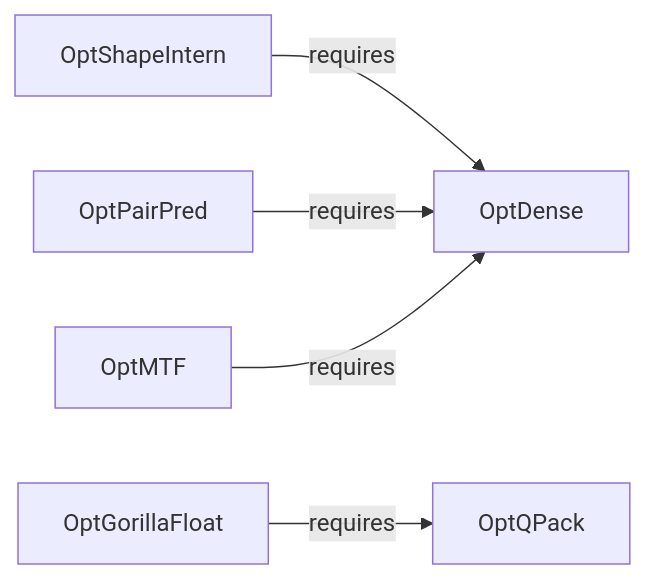
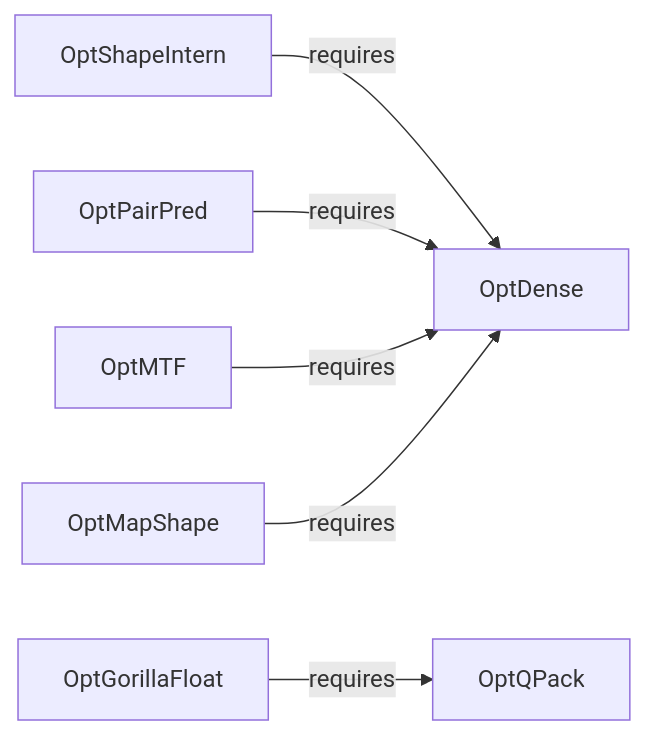
One commit to alex60217101990/qdf changed the third of 3 diagrams in diagrams/options-and-modes.md. Above: the diagram before and after it, drawn with Mermaid. The commit also changed other lines of this file and 15 other files, not shown here.

First line of the commit message:
docs(diagrams): add Diff/Apply and OptCanonical diagrams; refresh options bit map

````diff
--- a/diagrams/options-and-modes.md
+++ b/diagrams/options-and-modes.md
@@ -107,7 +124,8 @@
 ```mermaid
 flowchart LR
     OptShapeIntern -->|"requires"| OptDense
     OptPairPred -->|"requires"| OptDense
     OptMTF -->|"requires"| OptDense
+    OptMapShape -->|"requires"| OptDense
     OptGorillaFloat -->|"requires"| OptQPack
 ```
````
